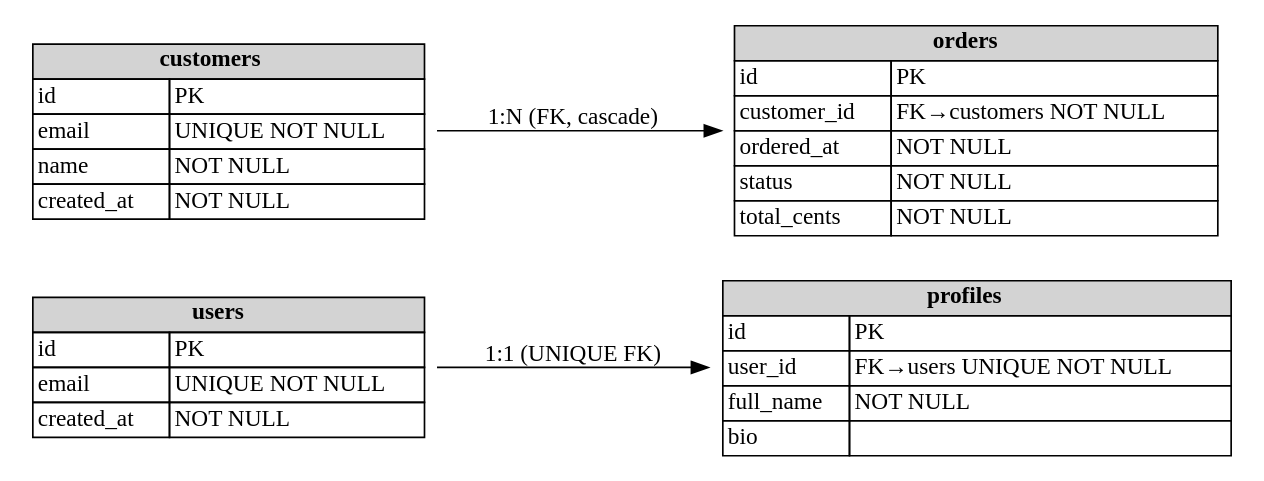
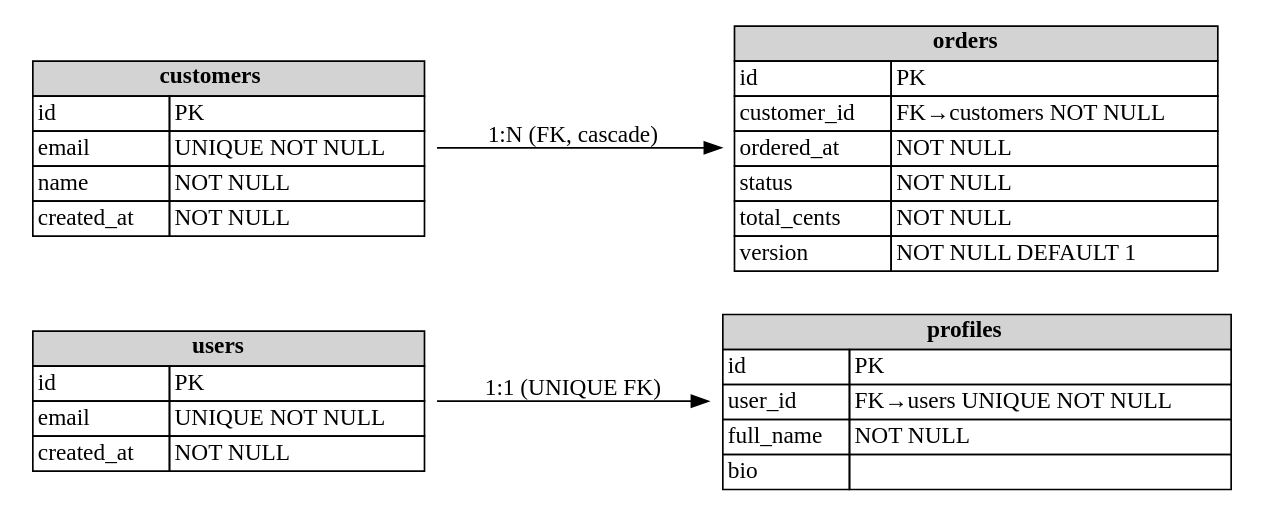
One commit to SomeOverlyMaliciousEditor/KI-Serverentwicklung changed the diagram in docs/erd/app_schema.dot. Above: the diagram before and after it, drawn with Graphviz. The commit also changed 1 other file, not shown here.

Commit message:
fix(erd): include order version column

```diff
--- a/docs/erd/app_schema.dot
+++ b/docs/erd/app_schema.dot
@@ -1,12 +1,12 @@
 digraph app_schema {
   rankdir=LR;
   node [shape=plaintext];
 
   users [label=<<TABLE BORDER="0" CELLBORDER="1" CELLSPACING="0"><TR><TD COLSPAN="2" BGCOLOR="lightgrey"><B>users</B></TD></TR><TR><TD ALIGN="LEFT">id</TD><TD ALIGN="LEFT">PK</TD></TR><TR><TD ALIGN="LEFT">email</TD><TD ALIGN="LEFT">UNIQUE NOT NULL</TD></TR><TR><TD ALIGN="LEFT">created_at</TD><TD ALIGN="LEFT">NOT NULL</TD></TR></TABLE>>];
   profiles [label=<<TABLE BORDER="0" CELLBORDER="1" CELLSPACING="0"><TR><TD COLSPAN="2" BGCOLOR="lightgrey"><B>profiles</B></TD></TR><TR><TD ALIGN="LEFT">id</TD><TD ALIGN="LEFT">PK</TD></TR><TR><TD ALIGN="LEFT">user_id</TD><TD ALIGN="LEFT">FK→users UNIQUE NOT NULL</TD></TR><TR><TD ALIGN="LEFT">full_name</TD><TD ALIGN="LEFT">NOT NULL</TD></TR><TR><TD ALIGN="LEFT">bio</TD><TD ALIGN="LEFT"></TD></TR></TABLE>>];
   customers [label=<<TABLE BORDER="0" CELLBORDER="1" CELLSPACING="0"><TR><TD COLSPAN="2" BGCOLOR="lightgrey"><B>customers</B></TD></TR><TR><TD ALIGN="LEFT">id</TD><TD ALIGN="LEFT">PK</TD></TR><TR><TD ALIGN="LEFT">email</TD><TD ALIGN="LEFT">UNIQUE NOT NULL</TD></TR><TR><TD ALIGN="LEFT">name</TD><TD ALIGN="LEFT">NOT NULL</TD></TR><TR><TD ALIGN="LEFT">created_at</TD><TD ALIGN="LEFT">NOT NULL</TD></TR></TABLE>>];
-  orders [label=<<TABLE BORDER="0" CELLBORDER="1" CELLSPACING="0"><TR><TD COLSPAN="2" BGCOLOR="lightgrey"><B>orders</B></TD></TR><TR><TD ALIGN="LEFT">id</TD><TD ALIGN="LEFT">PK</TD></TR><TR><TD ALIGN="LEFT">customer_id</TD><TD ALIGN="LEFT">FK→customers NOT NULL</TD></TR><TR><TD ALIGN="LEFT">ordered_at</TD><TD ALIGN="LEFT">NOT NULL</TD></TR><TR><TD ALIGN="LEFT">status</TD><TD ALIGN="LEFT">NOT NULL</TD></TR><TR><TD ALIGN="LEFT">total_cents</TD><TD ALIGN="LEFT">NOT NULL</TD></TR></TABLE>>];
+  orders [label=<<TABLE BORDER="0" CELLBORDER="1" CELLSPACING="0"><TR><TD COLSPAN="2" BGCOLOR="lightgrey"><B>orders</B></TD></TR><TR><TD ALIGN="LEFT">id</TD><TD ALIGN="LEFT">PK</TD></TR><TR><TD ALIGN="LEFT">customer_id</TD><TD ALIGN="LEFT">FK→customers NOT NULL</TD></TR><TR><TD ALIGN="LEFT">ordered_at</TD><TD ALIGN="LEFT">NOT NULL</TD></TR><TR><TD ALIGN="LEFT">status</TD><TD ALIGN="LEFT">NOT NULL</TD></TR><TR><TD ALIGN="LEFT">total_cents</TD><TD ALIGN="LEFT">NOT NULL</TD></TR><TR><TD ALIGN="LEFT">version</TD><TD ALIGN="LEFT">NOT NULL DEFAULT 1</TD></TR></TABLE>>];
 
   users -> profiles [label="1:1 (UNIQUE FK)"];
   customers -> orders [label="1:N (FK, cascade)"];
 }
```
